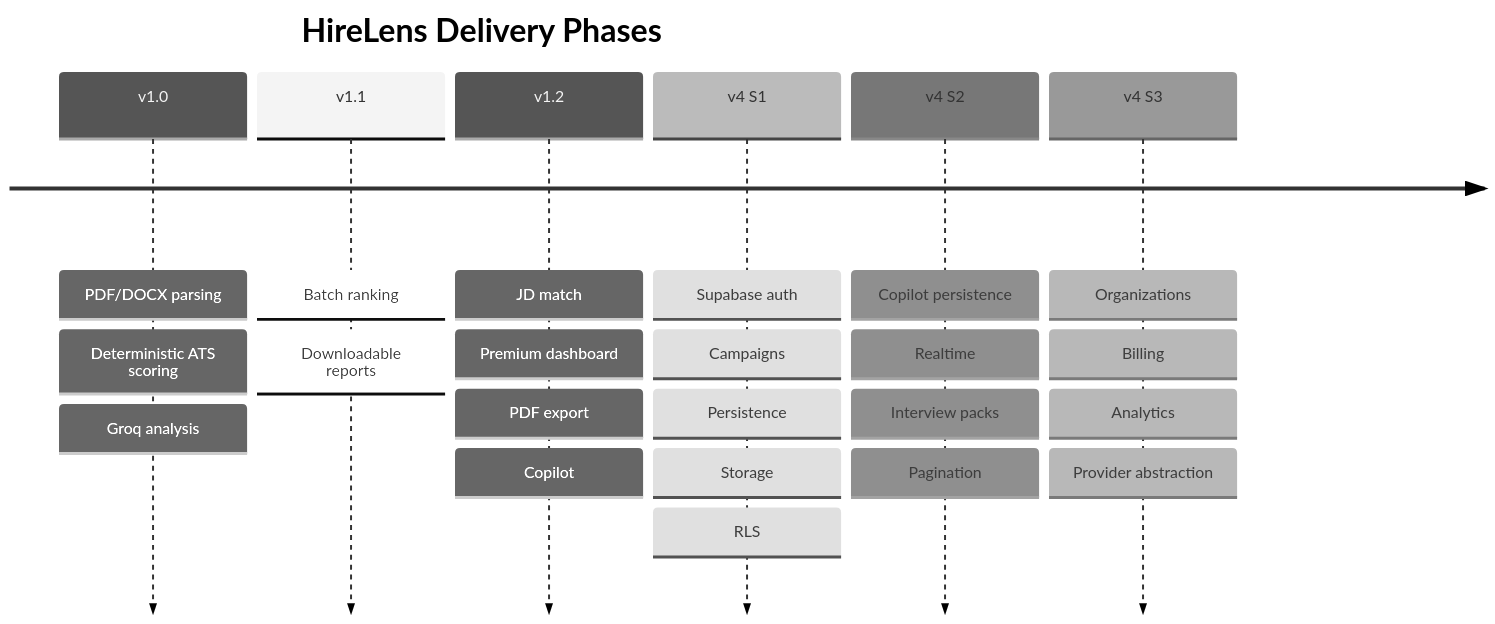
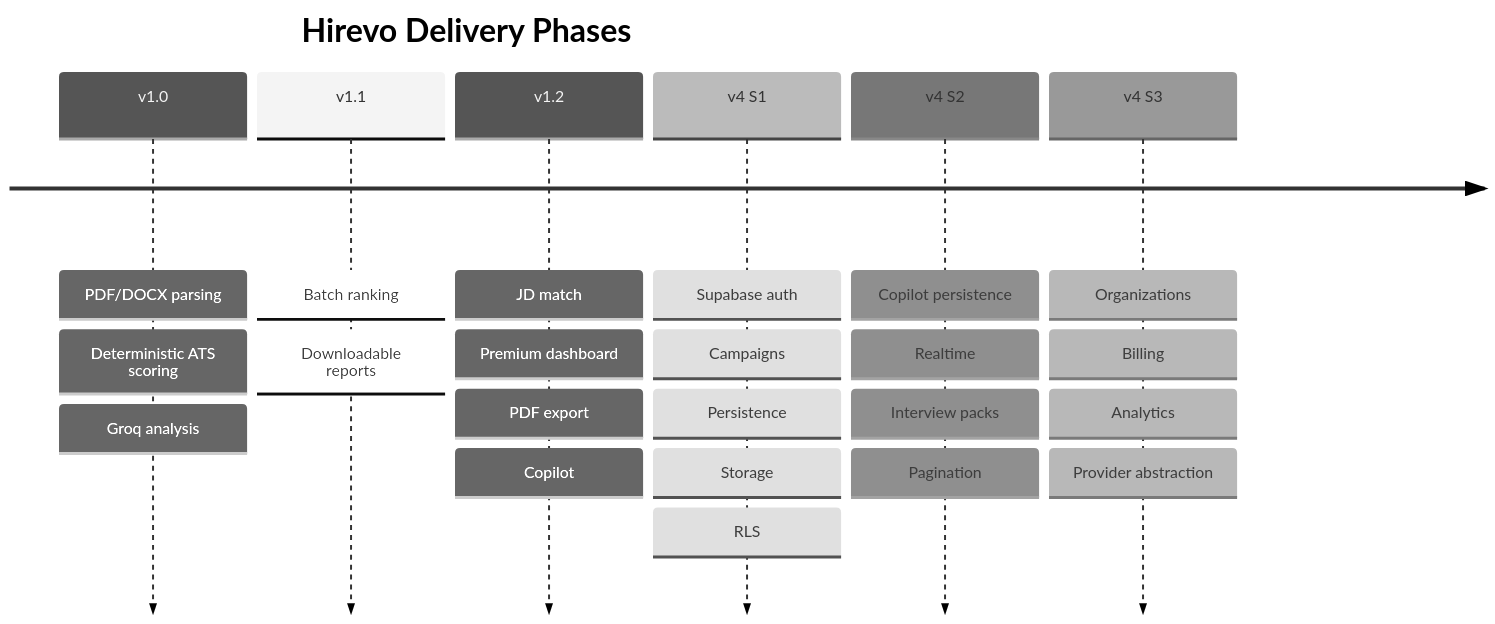
The diagram in docs/ROADMAP.md (ShrijalGoswami/Resume-Parser), drawn with Mermaid (neutral theme) before and after one commit. The commit also changed 147 other files, not shown here.

First line of the commit message:
feat: rebrand HireLens -> Hirevo (hirevo.in)

````diff
--- a/docs/ROADMAP.md
+++ b/docs/ROADMAP.md
@@ -173,10 +173,10 @@
 ```mermaid
 timeline
-    title HireLens Delivery Phases
+    title Hirevo Delivery Phases
     v1.0 : PDF/DOCX parsing : Deterministic ATS scoring : Groq analysis
     v1.1 : Batch ranking : Downloadable reports
     v1.2 : JD match : Premium dashboard : PDF export : Copilot
     v4 S1 : Supabase auth : Campaigns : Persistence : Storage : RLS
     v4 S2 : Copilot persistence : Realtime : Interview packs : Pagination
     v4 S3 : Organizations : Billing : Analytics : Provider abstraction
 ```
````
